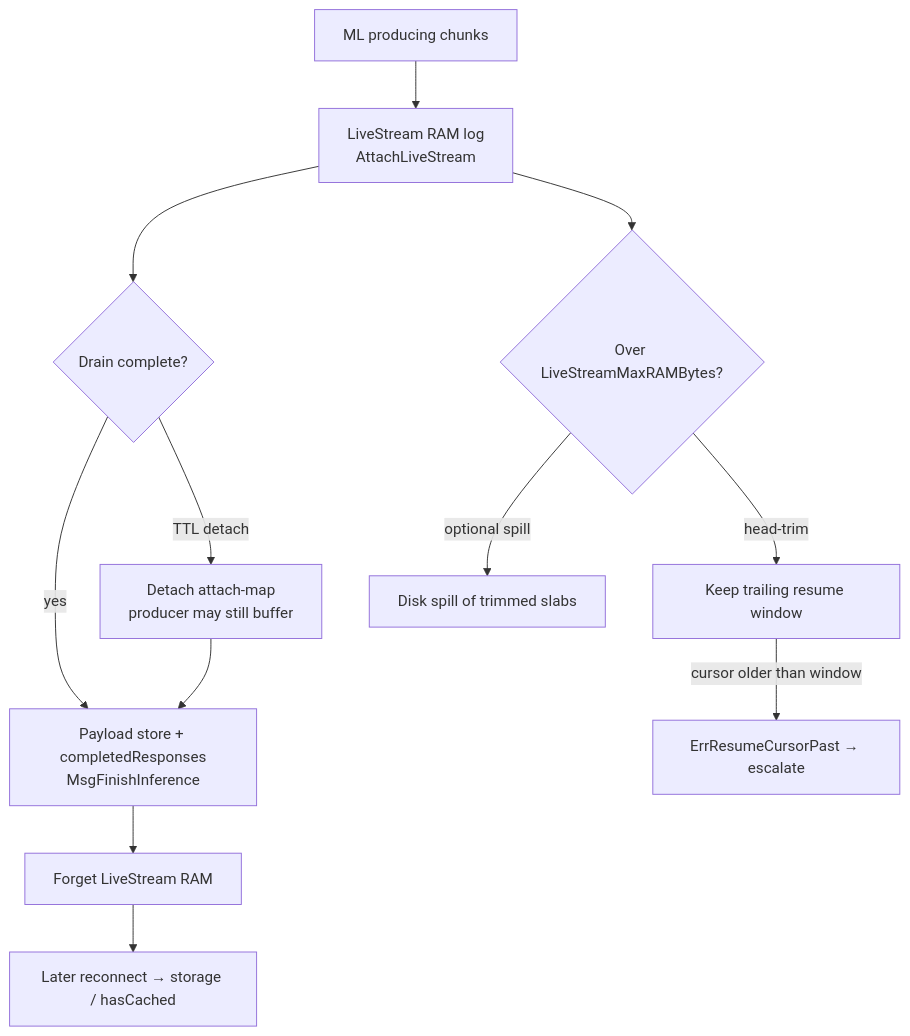
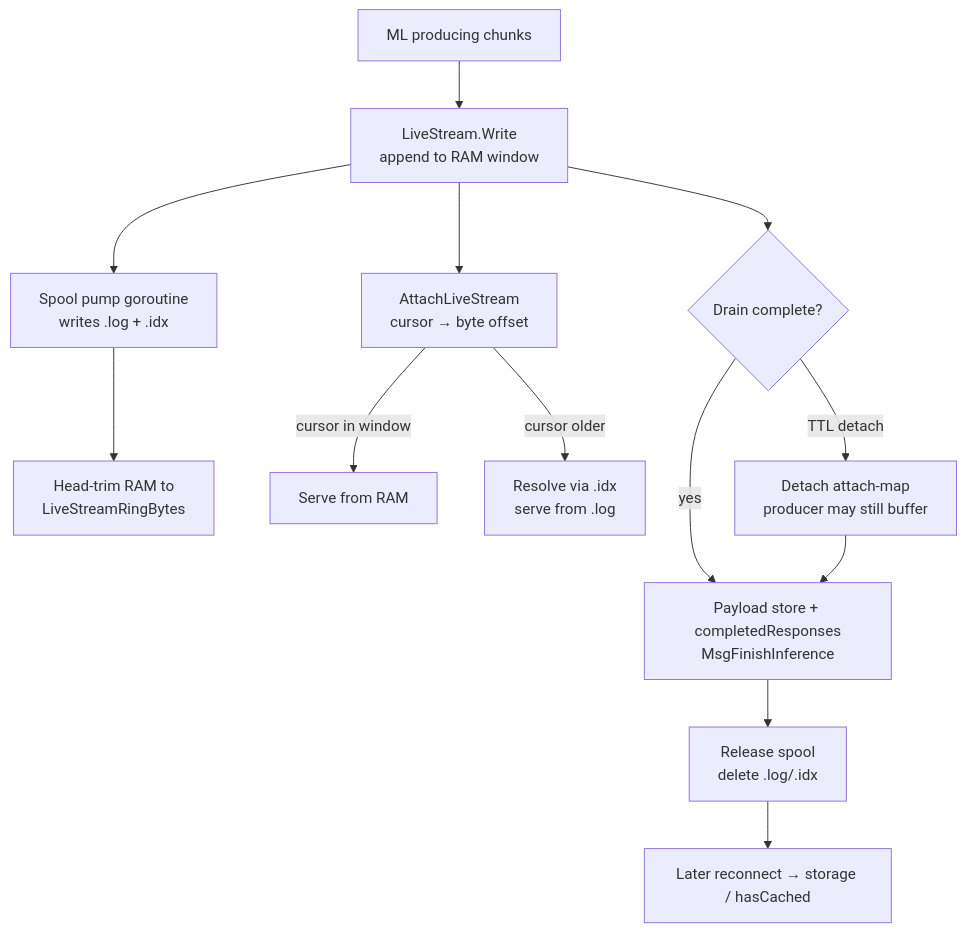
One commit to gonka-ai/gonka changed the fifth of 7 diagrams in devshard/docs/gateway-streaming-ha-overview.md. Above: the diagram before and after it, drawn with Mermaid. The commit also changed other lines of this file and 23 other files, not shown here.

First line of the commit message:
Bound LiveStream with a disk spool and harden streaming same-nonce reconnect.

````diff
--- a/devshard/docs/gateway-streaming-ha-overview.md
+++ b/devshard/docs/gateway-streaming-ha-overview.md
@@ -185,14 +200,15 @@
 ```mermaid
 flowchart TD
-  ML[ML producing chunks] --> LS[LiveStream RAM log<br/>AttachLiveStream]
+  ML[ML producing chunks] --> LS[LiveStream.Write<br/>append to RAM window]
+  LS --> Pump[Spool pump goroutine<br/>writes .log + .idx]
+  Pump --> Trim[Head-trim RAM to<br/>LiveStreamRingBytes]
+  LS --> Attach[AttachLiveStream<br/>cursor → byte offset]
+  Attach -->|cursor in window| FromRAM[Serve from RAM]
+  Attach -->|cursor older| FromDisk[Resolve via .idx<br/>serve from .log]
   LS --> Drain{Drain complete?}
   Drain -->|yes| Persist[Payload store + completedResponses<br/>MsgFinishInference]
-  Persist --> Forget[Forget LiveStream RAM]
-  Forget --> StoreTier[Later reconnect → storage / hasCached]
+  Persist --> Release[Release spool<br/>delete .log/.idx]
+  Release --> StoreTier[Later reconnect → storage / hasCached]
   Drain -->|TTL detach| Detach[Detach attach-map<br/>producer may still buffer]
   Detach --> Persist
-  LS --> Trim{Over LiveStreamMaxRAMBytes?}
-  Trim -->|head-trim| Window[Keep trailing resume window]
-  Window -->|cursor older than window| Past[ErrResumeCursorPast → escalate]
-  Trim -->|optional spill| Spill[Disk spill of trimmed slabs]
 ```
````
